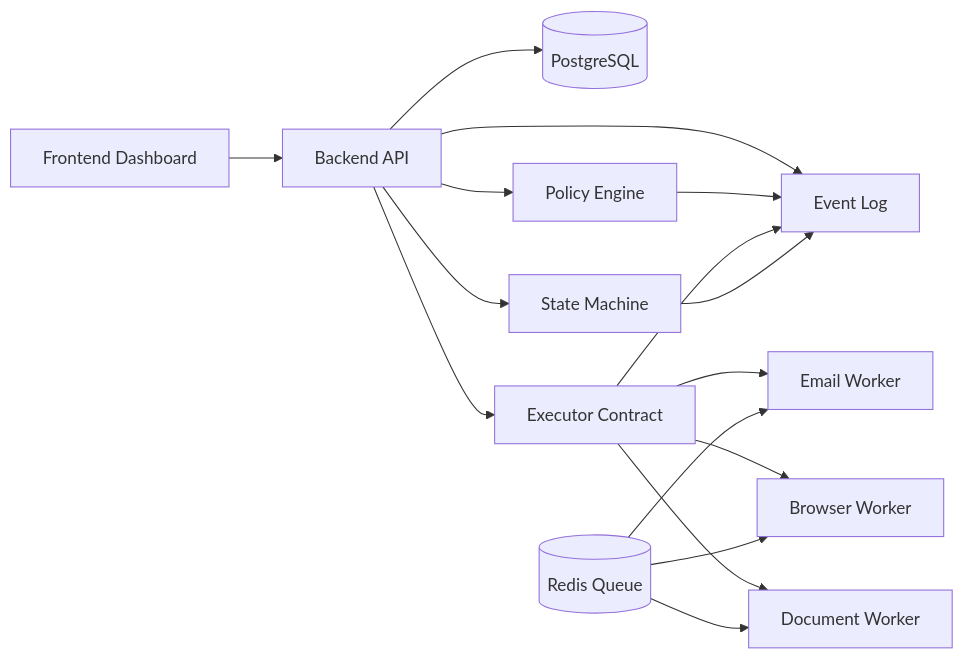
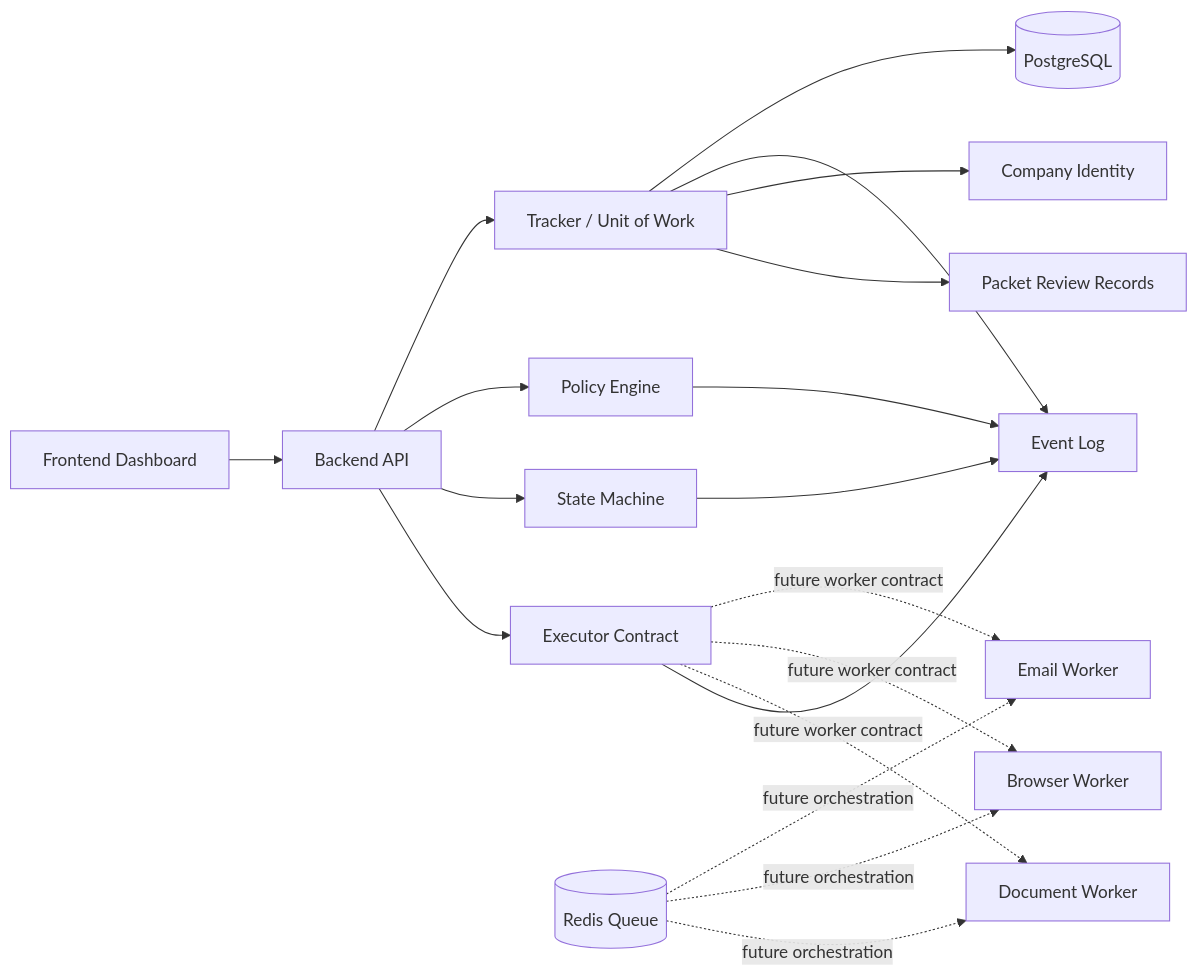
The diagram in docs/diagrams/component-diagram.md (NicolayBang/ApplyGo), drawn with Mermaid before and after one commit. The commit also changed other lines of this file and 5 other files, not shown here.

Commit message:
docs: refresh implementation diagrams (#196)

````diff
--- a/docs/diagrams/component-diagram.md
+++ b/docs/diagrams/component-diagram.md
@@ -3,21 +3,25 @@
 ```mermaid
 flowchart LR
     UI[Frontend Dashboard] --> API[Backend API]
-    API --> DB[(PostgreSQL)]
+    API --> TRK[Tracker / Unit of Work]
     API --> POL[Policy Engine]
     API --> SM[State Machine]
-    API --> EVT[Event Log]
     API --> EXE[Executor Contract]
 
-    EXE --> W1[Email Worker]
-    EXE --> W2[Browser Worker]
-    EXE --> W3[Document Worker]
+    TRK --> DB[(PostgreSQL)]
+    TRK --> EVT[Event Log]
+    TRK --> CID[Company Identity]
+    TRK --> PREV[Packet Review Records]
 
-    Q[(Redis Queue)] --> W1
-    Q --> W2
-    Q --> W3
+    EXE -. future worker contract .-> W1[Email Worker]
+    EXE -. future worker contract .-> W2[Browser Worker]
+    EXE -. future worker contract .-> W3[Document Worker]
+
+    Q[(Redis Queue)] -. future orchestration .-> W1
+    Q -. future orchestration .-> W2
+    Q -. future orchestration .-> W3
 
     POL --> EVT
     EXE --> EVT
     SM --> EVT
 ```
````
